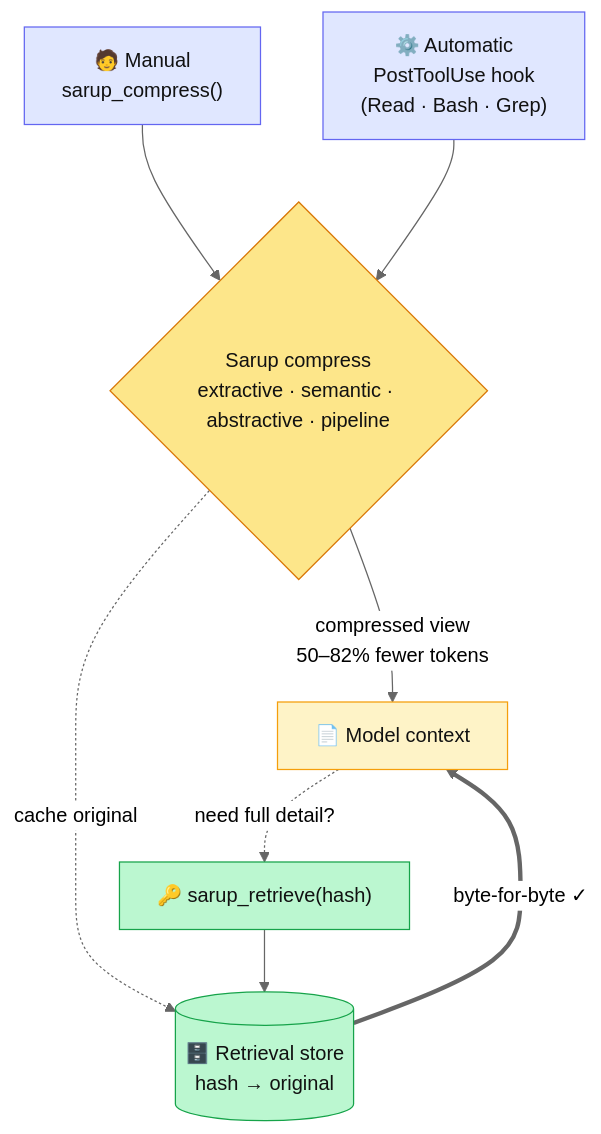
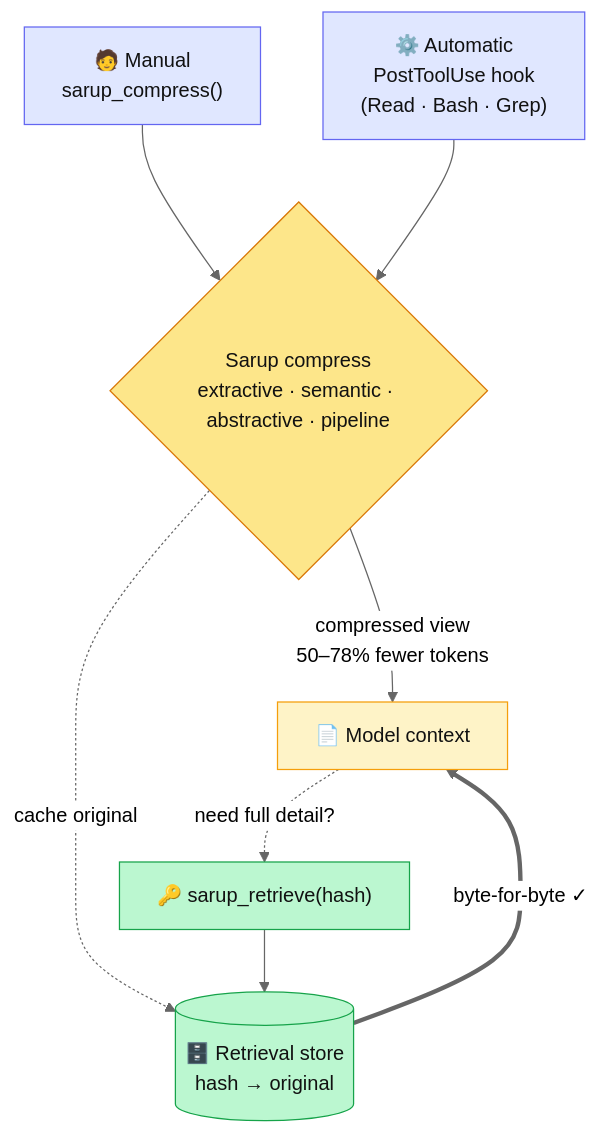
The diagram in README.md (PHUICMT/sarup), drawn with Mermaid (neutral theme) before and after one commit. The commit also changed other lines of this file and 9 other files, not shown here.

````diff
--- a/README.md
+++ b/README.md
@@ -77,18 +77,18 @@
 ```mermaid
 flowchart TD
     M["🧑 Manual<br/>sarup_compress()"]:::entry --> R
     A["⚙️ Automatic<br/>PostToolUse hook<br/>(Read · Bash · Grep)"]:::entry --> R
 
     R{"Sarup compress<br/>extractive · semantic · abstractive · pipeline"}:::engine
-    R -- "compressed view<br/>50–82% fewer tokens" --> V["📄 Model context"]:::lossy
+    R -- "compressed view<br/>50–78% fewer tokens" --> V["📄 Model context"]:::lossy
     R -. "cache original" .-> S[("🗄️ Retrieval store<br/>hash → original")]:::lossless
 
     V -. "need full detail?" .-> RET["🔑 sarup_retrieve(hash)"]:::lossless
     RET --> S
     S == "byte-for-byte ✓" ==> V
 
     classDef entry fill:#e0e7ff,stroke:#6366f1,color:#111
     classDef engine fill:#fde68a,stroke:#d97706,color:#111
     classDef lossy fill:#fef3c7,stroke:#f59e0b,color:#111
     classDef lossless fill:#bbf7d0,stroke:#16a34a,color:#111
 ```
````
